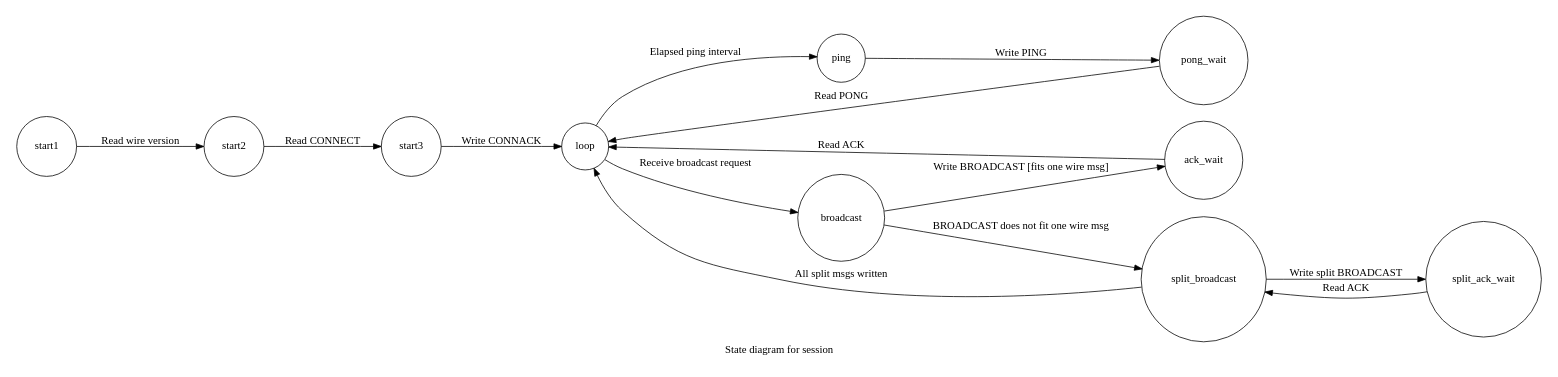
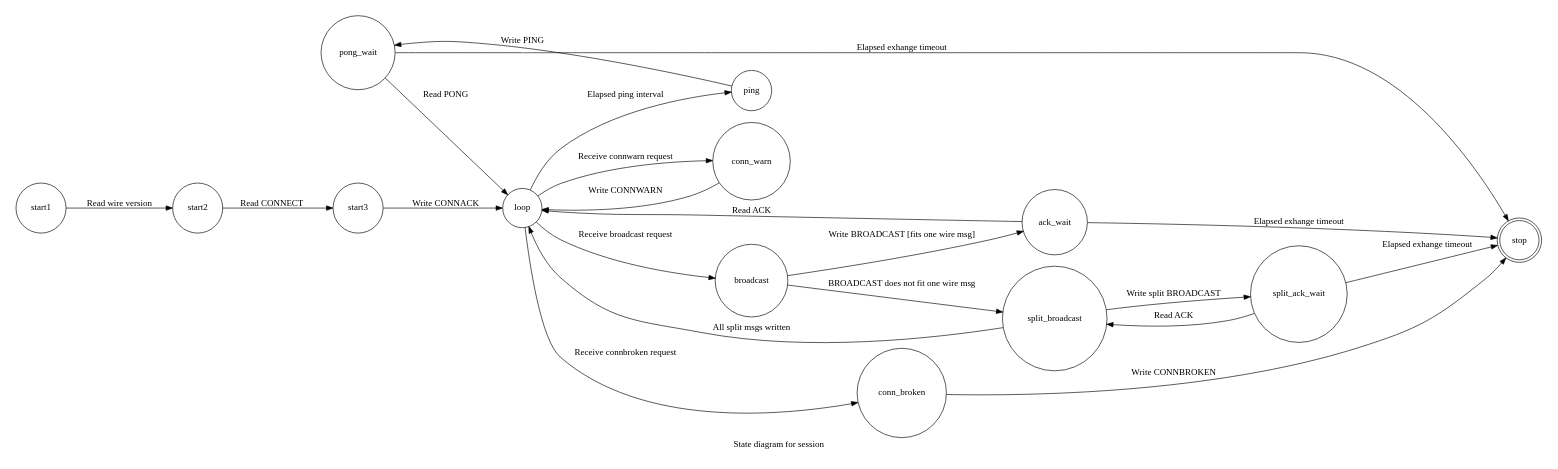
Before and after one commit to ubports/ubuntu-push: the diagram in protocol/state-diag-session.gv, drawn with Graphviz. The commit also changed 9 other files, not shown here.

```diff
--- a/protocol/state-diag-session.gv
+++ b/protocol/state-diag-session.gv
@@ -1,20 +1,30 @@
 digraph state_diagram_session {
         label = "State diagram for session";
         size="12,6";
         rankdir=LR;
+        node [shape = doublecircle]; stop;
         node [shape = circle];
         start1 -> start2 [ label = "Read wire version" ];
         start2 -> start3 [ label = "Read CONNECT" ];
         start3 -> loop [ label = "Write CONNACK" ];
         loop -> ping [ label = "Elapsed ping interval" ];
         loop -> broadcast [label = "Receive broadcast request"];
         ping -> pong_wait [label = "Write PING"];
         broadcast -> ack_wait [label = "Write BROADCAST [fits one wire msg]"];
         broadcast -> split_broadcast [label = "BROADCAST does not fit one wire msg"];
         pong_wait -> loop [label = "Read PONG"];
         ack_wait -> loop [label = "Read ACK"];
         // split messages
         split_broadcast -> split_ack_wait [label = "Write split BROADCAST"];
         split_ack_wait -> split_broadcast [label = "Read ACK"];
         split_broadcast -> loop [label = "All split msgs written"];
+        // other
+        loop -> conn_broken [label = "Receive connbroken request"];
+        loop -> conn_warn [label = "Receive connwarn request"];
+        conn_broken -> stop [label = "Write CONNBROKEN"];
+        conn_warn -> loop [label = "Write CONNWARN"];
+        // timeouts
+        ack_wait -> stop [label = "Elapsed exhange timeout"];
+        split_ack_wait -> stop [label = "Elapsed exhange timeout"];
+        pong_wait -> stop [label = "Elapsed exhange timeout"];
 }
```
